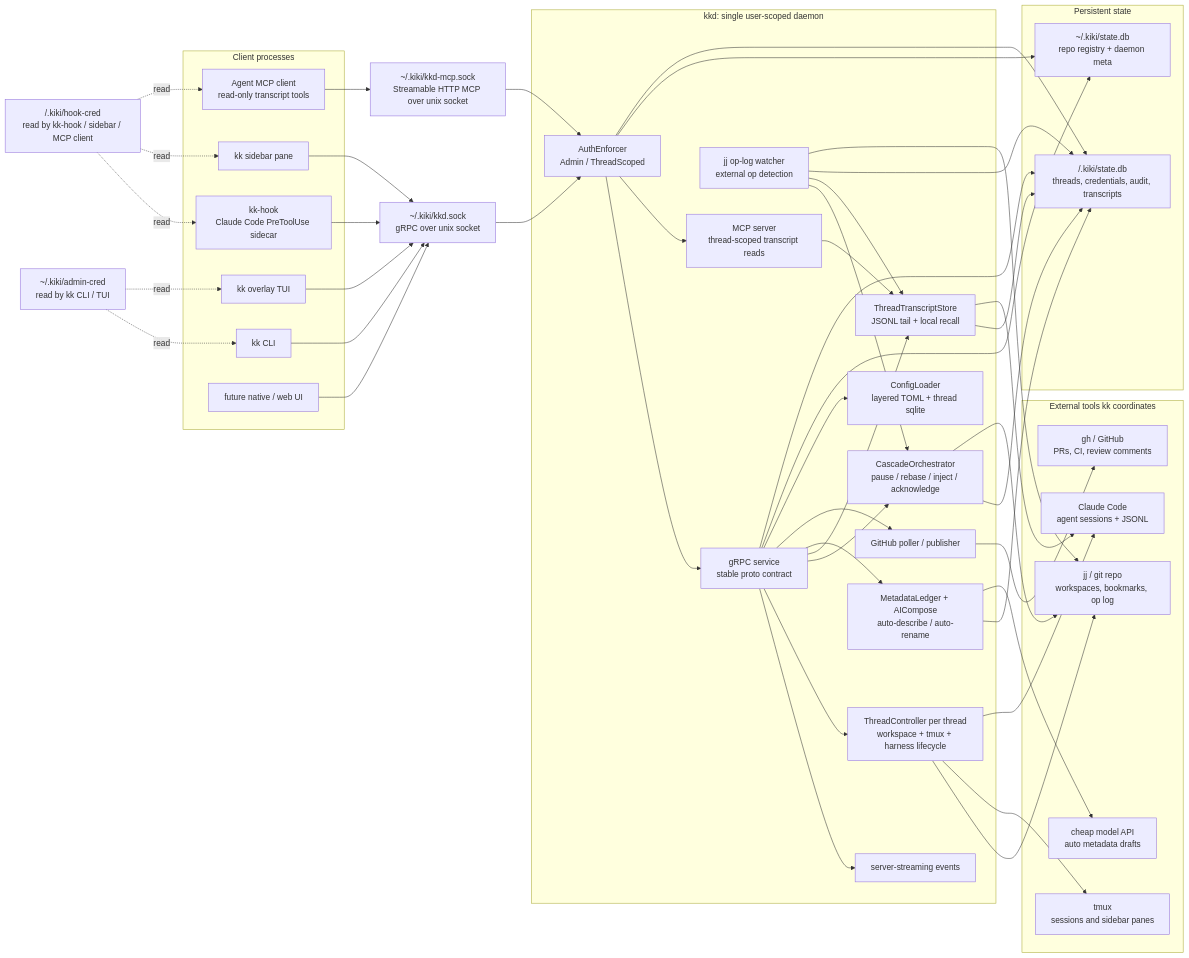
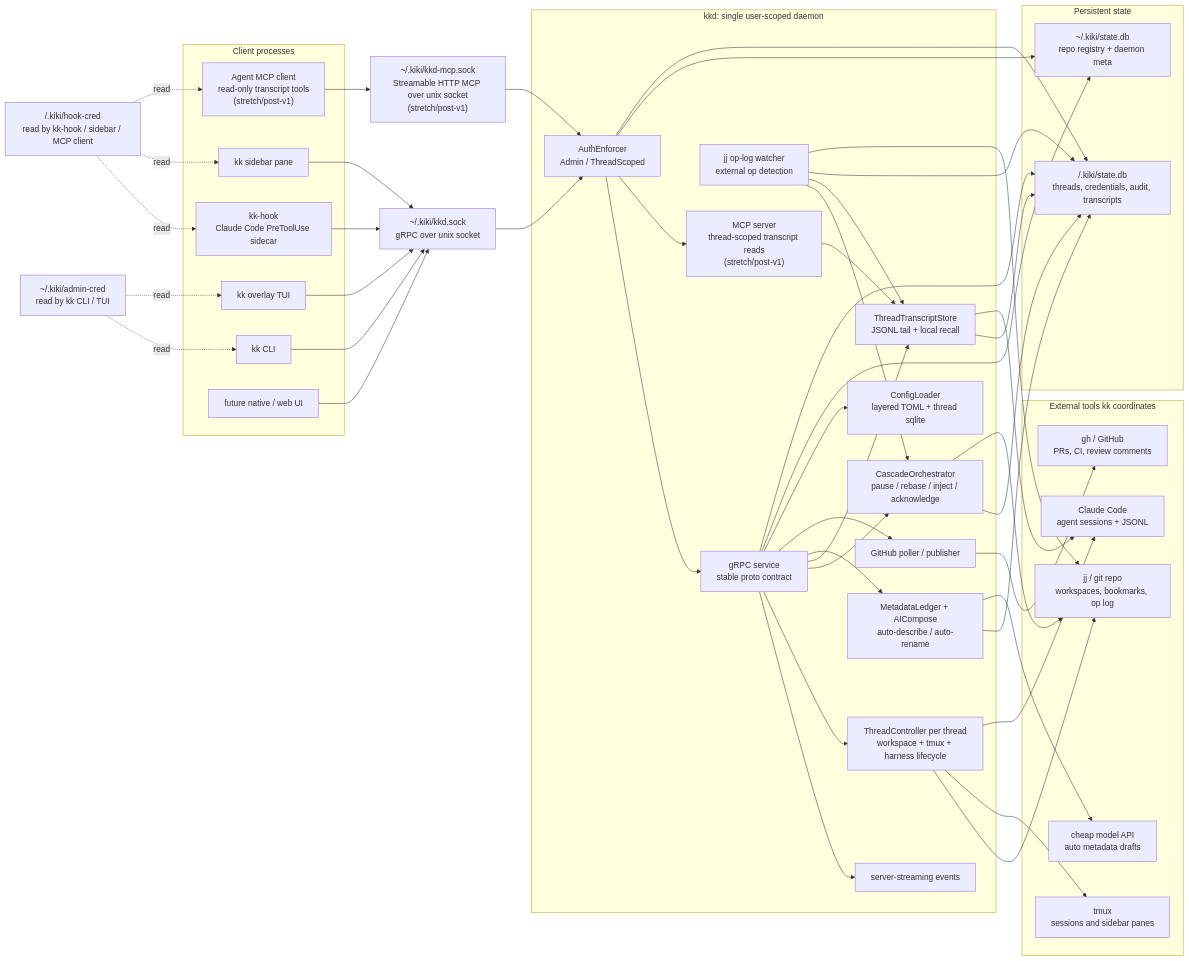
Before and after one commit to skeswa/kiki: the first of 4 diagrams in docs/prds/0001-kiki.md, drawn with Mermaid. The commit also changed other lines of this file and 5 other files, not shown here.

```diff
--- a/docs/prds/0001-kiki.md
+++ b/docs/prds/0001-kiki.md
@@ -231,12 +243,12 @@
         TUI["kk overlay TUI"]
         Sidebar["kk sidebar pane"]
         Hook["kk-hook\nClaude Code PreToolUse sidecar"]
-        AgentMcp["Agent MCP client\nread-only transcript tools"]
+        AgentMcp["Agent MCP client\nread-only transcript tools\n(stretch/post-v1)"]
         FutureUI["future native / web UI"]
     end
 
     GrpcSock["~/.kiki/kkd.sock\ngRPC over unix socket"]
-    McpSock["~/.kiki/kkd-mcp.sock\nStreamable HTTP MCP over unix socket"]
+    McpSock["~/.kiki/kkd-mcp.sock\nStreamable HTTP MCP over unix socket\n(stretch/post-v1)"]
     AdminCred["~/.kiki/admin-cred\nread by kk CLI / TUI"]
     HookCred["<workspace>/.kiki/hook-cred\nread by kk-hook / sidebar / MCP client"]
 
@@ -255,7 +267,7 @@
     subgraph Daemon["kkd: single user-scoped daemon"]
         Auth["AuthEnforcer\nAdmin / ThreadScoped"]
         Api["gRPC service\nstable proto contract"]
-        McpApi["MCP server\nthread-scoped transcript reads"]
+        McpApi["MCP server\nthread-scoped transcript reads\n(stretch/post-v1)"]
         Events["server-streaming events"]
         ThreadCtl["ThreadController per thread\nworkspace + tmux + harness lifecycle"]
         Cascade["CascadeOrchestrator\npause / rebase / inject / acknowledge"]
```
